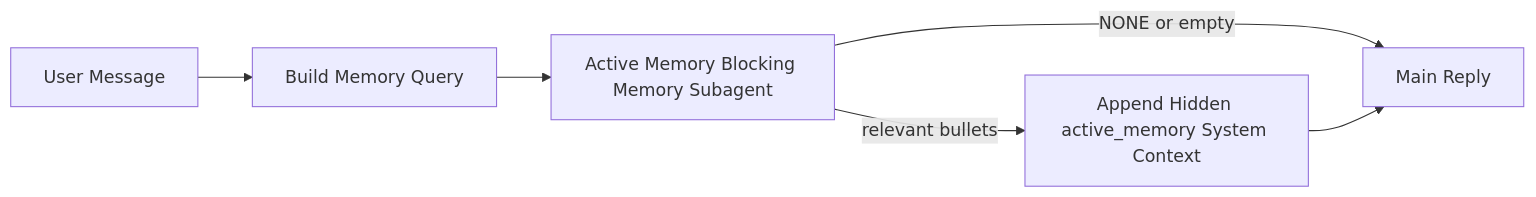
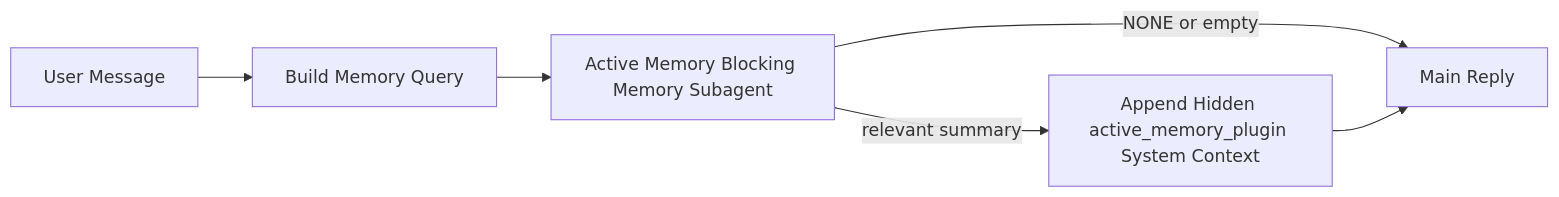
One commit to bochek/openclaw changed the diagram in docs/concepts/active-memory.md. Above: the diagram before and after it, drawn with Mermaid. The commit also changed other lines of this file and 5 other files, not shown here.

Commit message:
Refine active memory plugin summary flow

````diff
--- a/docs/concepts/active-memory.md
+++ b/docs/concepts/active-memory.md
@@ -248,8 +248,8 @@
 ```mermaid
 flowchart LR
   U["User Message"] --> Q["Build Memory Query"]
   Q --> R["Active Memory Blocking Memory Subagent"]
   R -->|NONE or empty| M["Main Reply"]
-  R -->|relevant bullets| I["Append Hidden active_memory System Context"]
+  R -->|relevant summary| I["Append Hidden active_memory_plugin System Context"]
   I --> M["Main Reply"]
 ```
````
